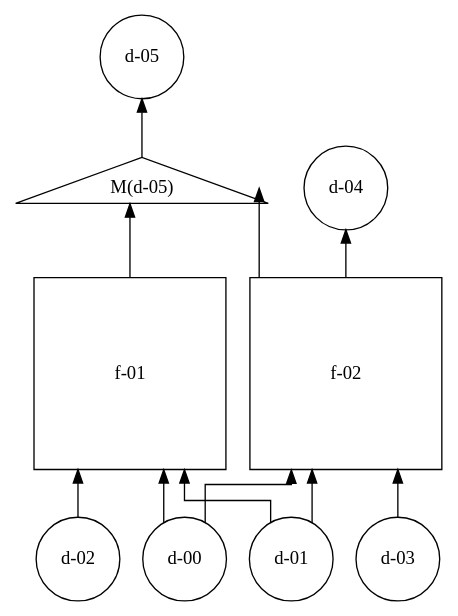
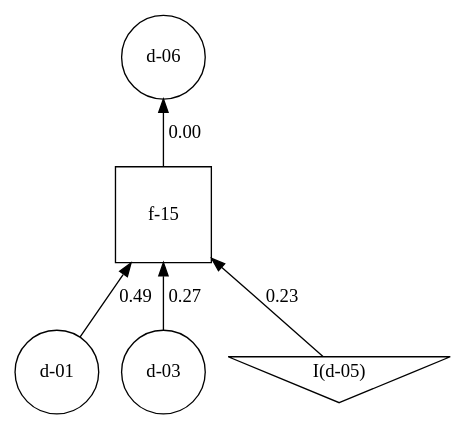
One commit to eliavw/morpheus changed the diagram in note/tmp/test.dot. Above: the diagram before and after it, drawn with Graphviz. The commit also changed 10 other files, not shown here.

```diff
--- a/note/tmp/test.dot
+++ b/note/tmp/test.dot
@@ -1,33 +1,17 @@
 strict digraph  {
 rankdir=BT;
-splines=ortho;
-"d-00" [bipartite=data, idx=0, kind=data, shape="circle", tgt="[0]"];
-"d-01" [bipartite=data, idx=1, kind=data, shape="circle", tgt="[1]"];
-"d-02" [bipartite=data, idx=2, kind=data, shape="circle", tgt="[2]"];
-"f-01" [bipartite=func, function=<bound method ForestRegressor.predict of RandomForestRegressor(bootstrap=True, criterion='mse', max_depth=5,
+"d-01" [bipartite=data, fi="0.4941134432922592", idx=1, kind=data, shape="circle", tgt="[1]"];
+"d-03" [bipartite=data, fi="0.27498679132053416", idx=3, kind=data, shape="circle", tgt="[3]"];
+"d-06" [bipartite=data, idx=6, kind=data, shape="circle", tgt="[6]"];
+"f-15" [bipartite=func, function=<bound method ForestRegressor.predict of RandomForestRegressor(bootstrap=True, criterion='mse', max_depth=5,
            max_features='auto', max_leaf_nodes=None,
            min_impurity_decrease=0.0, min_impurity_split=None,
            min_samples_leaf=1, min_samples_split=2,
            min_weight_fraction_leaf=0.0, n_estimators=5, n_jobs=None,
-           oob_score=False, random_state=None, verbose=0, warm_start=False)>, idx=1, kind=model, mod="RandomForestRegressor(bootstrap=True, criterion='mse', max_depth=5,\n           max_features='auto', max_leaf_nodes=None,\n           min_impurity_decrease=0.0, min_impurity_split=None,\n           min_samples_leaf=1, min_samples_split=2,\n           min_weight_fraction_leaf=0.0, n_estimators=5, n_jobs=None,\n           oob_score=False, random_state=None, verbose=0, warm_start=False)", shape="square", src="[0, 1, 2]", tgt="[5]", width=2];
-"d-03" [bipartite=data, idx=3, kind=data, shape="circle", tgt="[3]"];
-"d-04" [bipartite=data, idx=4, kind=data, shape="circle", tgt="[4]"];
-"f-02" [bipartite=func, function=<bound method ForestRegressor.predict of RandomForestRegressor(bootstrap=True, criterion='mse', max_depth=5,
-           max_features='auto', max_leaf_nodes=None,
-           min_impurity_decrease=0.0, min_impurity_split=None,
-           min_samples_leaf=1, min_samples_split=2,
-           min_weight_fraction_leaf=0.0, n_estimators=5, n_jobs=None,
-           oob_score=False, random_state=None, verbose=0, warm_start=False)>, idx=2, kind=model, mod="RandomForestRegressor(bootstrap=True, criterion='mse', max_depth=5,\n           max_features='auto', max_leaf_nodes=None,\n           min_impurity_decrease=0.0, min_impurity_split=None,\n           min_samples_leaf=1, min_samples_split=2,\n           min_weight_fraction_leaf=0.0, n_estimators=5, n_jobs=None,\n           oob_score=False, random_state=None, verbose=0, warm_start=False)", shape="square", src="[0, 1, 3]", tgt="[4, 5]", width=2];
-"M(d-05)" [bipartite=data, idx=5, kind=merge, shape="triangle", tgt="[5]"];
-"d-05" [bipartite=data, idx=5, kind=data, shape="circle", tgt="[5]"];
-"d-00" -> "f-01"  [idx=0];
-"d-00" -> "f-02"  [idx=0];
-"d-01" -> "f-01"  [idx=1];
-"d-01" -> "f-02"  [idx=1];
-"d-02" -> "f-01"  [idx=2];
-"f-01" -> "M(d-05)"  [idx=5];
-"d-03" -> "f-02"  [idx=3];
-"f-02" -> "d-04"  [idx=4];
-"f-02" -> "M(d-05)"  [idx=5];
-"M(d-05)" -> "d-05"  [idx=5];
+           oob_score=False, random_state=None, verbose=0, warm_start=False)>, idx=15, kind=model, mod="RandomForestRegressor(bootstrap=True, criterion='mse', max_depth=5,\n           max_features='auto', max_leaf_nodes=None,\n           min_impurity_decrease=0.0, min_impurity_split=None,\n           min_samples_leaf=1, min_samples_split=2,\n           min_weight_fraction_leaf=0.0, n_estimators=5, n_jobs=None,\n           oob_score=False, random_state=None, verbose=0, warm_start=False)", shape="square", src="[1, 3, 5]", tgt="[6]", width=1];
+"I(d-05)" [bipartite=data, fi="0.23089976538720675", idx=5, kind=imputation, shape="invtriangle", tgt="[5]"];
+"d-01" -> "f-15"  [fi="0.4941134432922592", idx=1, label="0.49"];
+"d-03" -> "f-15"  [fi="0.27498679132053416", idx=3, label="0.27"];
+"f-15" -> "d-06"  [idx=6, label="0.00"];
+"I(d-05)" -> "f-15"  [fi="0.23089976538720675", idx=5, label="0.23"];
 }
```
